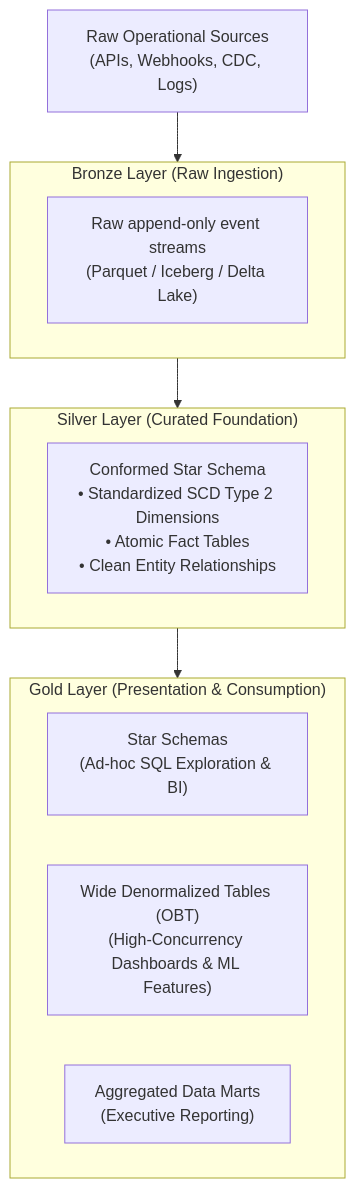
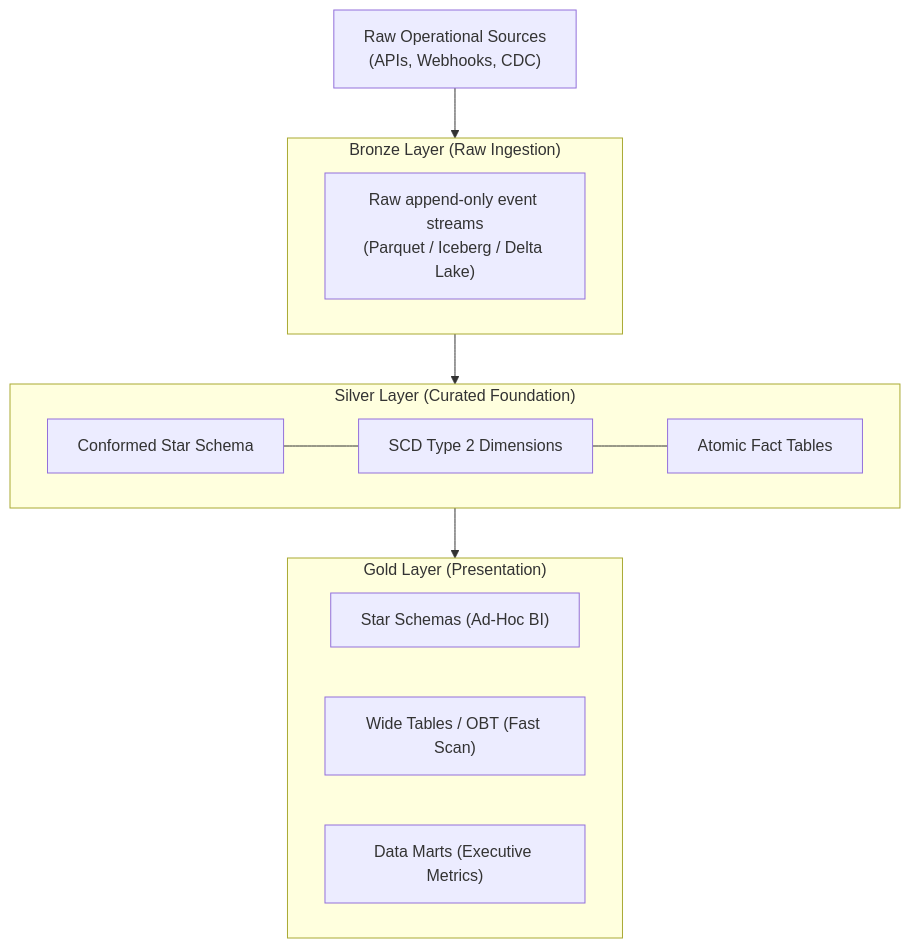
Before and after one commit to VineethChivukula/dedocs: the fourth of 4 diagrams in content/modeling/schema-architectures.md, drawn with Mermaid. The commit also changed other lines of this file and 4 other files, not shown here.

````diff
--- a/content/modeling/schema-architectures.md
+++ b/content/modeling/schema-architectures.md
@@ -498,22 +490,26 @@
 ```mermaid
 flowchart TD
-    Raw["Raw Operational Sources<br/>(APIs, Webhooks, CDC, Logs)"] --> Bronze
+    Raw["Raw Operational Sources<br/>(APIs, Webhooks, CDC)"] --> Bronze
     
     subgraph Bronze["Bronze Layer (Raw Ingestion)"]
         B1["Raw append-only event streams<br/>(Parquet / Iceberg / Delta Lake)"]
     end
     
     Bronze --> Silver
     
     subgraph Silver["Silver Layer (Curated Foundation)"]
-        S1["Conformed Star Schema<br/>• Standardized SCD Type 2 Dimensions<br/>• Atomic Fact Tables<br/>• Clean Entity Relationships"]
+        S1["Conformed Star Schema"]
+        S2["SCD Type 2 Dimensions"]
+        S3["Atomic Fact Tables"]
+        S1 --- S2
+        S2 --- S3
     end
     
     Silver --> Gold
     
-    subgraph Gold["Gold Layer (Presentation & Consumption)"]
-        G1["Star Schemas<br/>(Ad-hoc SQL Exploration & BI)"]
-        G2["Wide Denormalized Tables (OBT)<br/>(High-Concurrency Dashboards & ML Features)"]
-        G3["Aggregated Data Marts<br/>(Executive Reporting)"]
+    subgraph Gold["Gold Layer (Presentation)"]
+        G1["Star Schemas (Ad-Hoc BI)"]
+        G2["Wide Tables / OBT (Fast Scan)"]
+        G3["Data Marts (Executive Metrics)"]
     end
 ```
````
